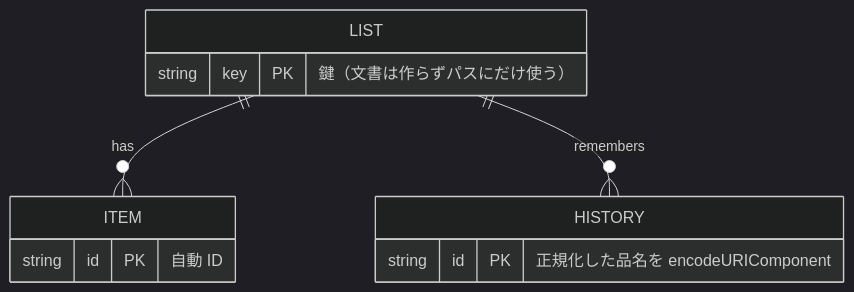
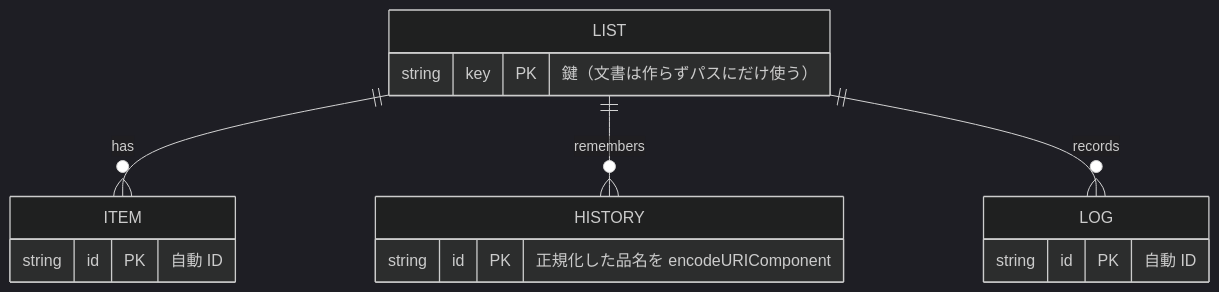
One commit to iiiitiiitiiti/kaimono changed the diagram in docs/DESIGN.md. Above: the diagram before and after it, drawn with Mermaid (dark theme). The commit also changed other lines of this file and 6 other files, not shown here.

````diff
--- a/docs/DESIGN.md
+++ b/docs/DESIGN.md
@@ -27,14 +27,18 @@
 ```mermaid
 erDiagram
     LIST ||--o{ ITEM : has
     LIST ||--o{ HISTORY : remembers
+    LIST ||--o{ LOG : records
     LIST {
         string key PK "鍵（文書は作らずパスにだけ使う）"
     }
     ITEM {
         string id PK "自動 ID"
     }
     HISTORY {
         string id PK "正規化した品名を encodeURIComponent"
     }
+    LOG {
+        string id PK "自動 ID"
+    }
 ```
````
